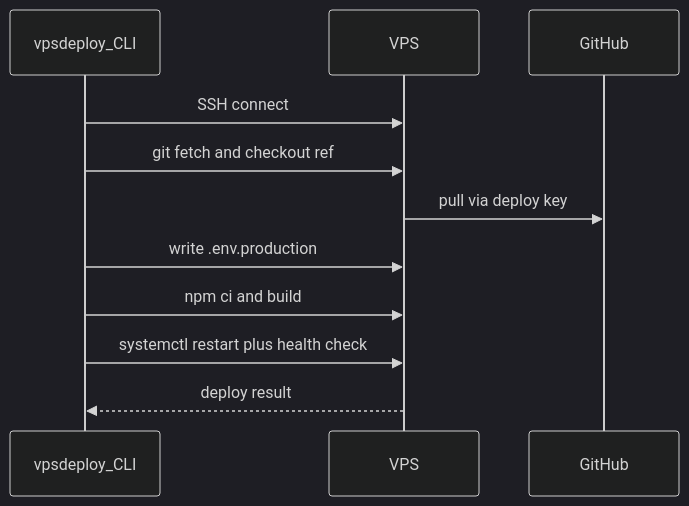
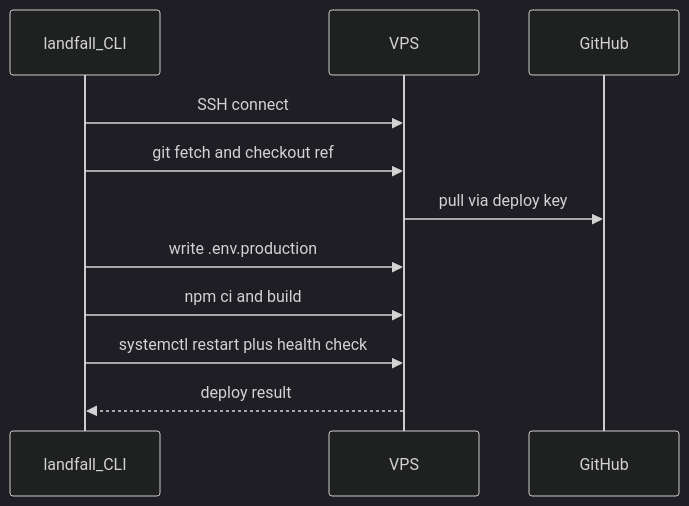
The diagram in README.md (flaggx/landfall), drawn with Mermaid (dark theme) before and after one commit. The commit also changed other lines of this file and 31 other files, not shown here.

First line of the commit message:
Rebrand the CLI and docs as Landfall.

````diff
--- a/README.md
+++ b/README.md
@@ -412,14 +415,14 @@
 ```mermaid
 sequenceDiagram
-    participant CLI as vpsdeploy_CLI
+    participant CLI as landfall_CLI
     participant VPS as VPS
     participant GH as GitHub
 
     CLI->>VPS: SSH connect
     CLI->>VPS: git fetch and checkout ref
     VPS->>GH: pull via deploy key
     CLI->>VPS: write .env.production
     CLI->>VPS: npm ci and build
     CLI->>VPS: systemctl restart plus health check
     VPS-->>CLI: deploy result
 ```
````
